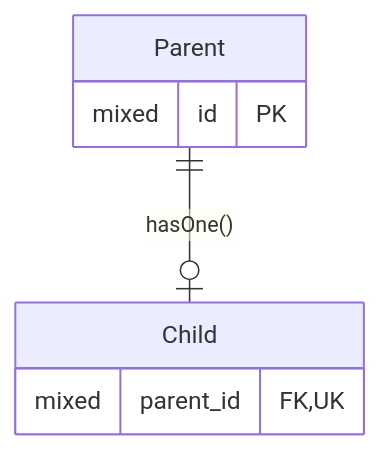
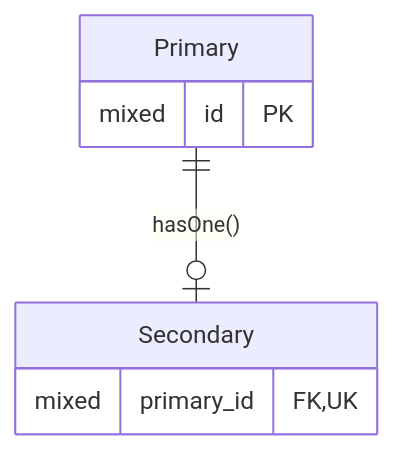
Before and after one commit to judgej/laravel-stuff: the first of 2 diagrams in model-relationships/one-to-one.md, drawn with Mermaid. The commit also changed other lines of this file and 3 other files, not shown here.

````diff
--- a/model-relationships/one-to-one.md
+++ b/model-relationships/one-to-one.md
@@ -23,10 +23,10 @@
 ```mermaid
 erDiagram
-    Parent ||--o| Child : "hasOne()"
-    Parent {
+    Primary ||--o| Secondary : "hasOne()"
+    Primary {
         mixed id PK
     }
-    Child {
-        mixed parent_id FK,UK
+    Secondary {
+        mixed primary_id FK,UK
     }
 ```
````
